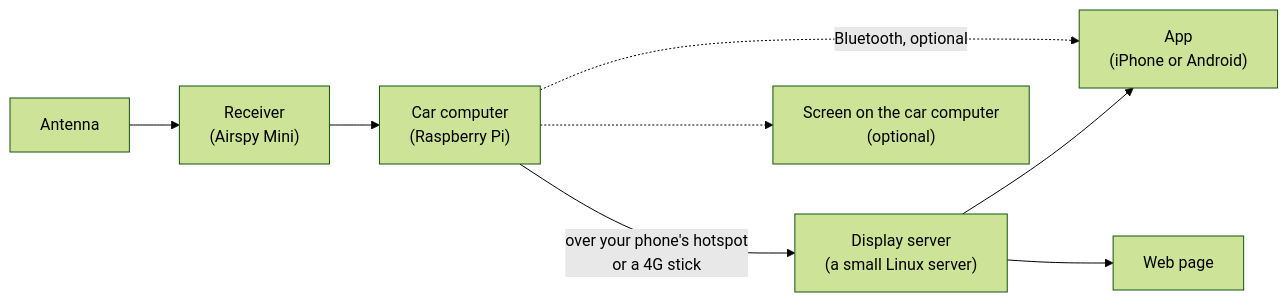
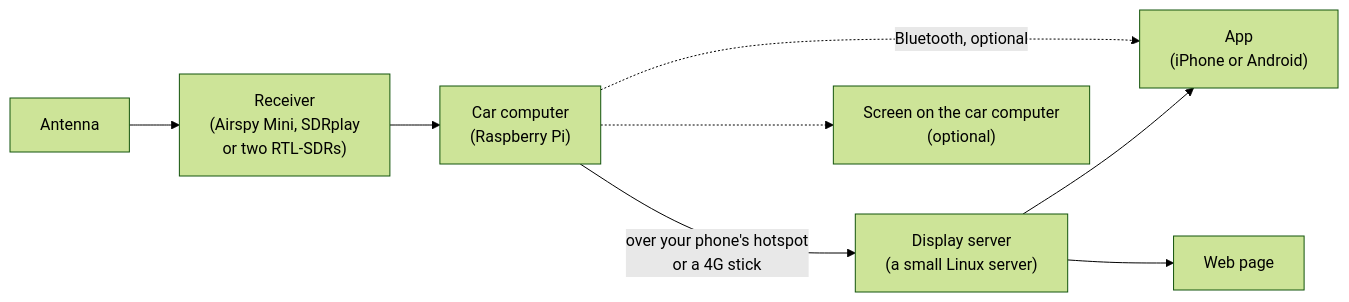
One commit to efeorman/Slot17 changed the diagram in README.md. Above: the diagram before and after it, drawn with Mermaid (forest theme). The commit also changed other lines of this file and 21 other files, not shown here.

````diff
--- a/README.md
+++ b/README.md
@@ -49,10 +49,10 @@
 ```mermaid
 flowchart LR
-    A[Antenna] --> B["Receiver<br/>(Airspy Mini)"]
+    A[Antenna] --> B["Receiver<br/>(Airspy Mini, SDRplay<br/>or two RTL-SDRs)"]
     B --> C["Car computer<br/>(Raspberry Pi)"]
     C -- "over your phone's hotspot<br/>or a 4G stick" --> D["Display server<br/>(a small Linux server)"]
     D --> E["App<br/>(iPhone or Android)"]
     D --> F[Web page]
     C -.->|Bluetooth, optional| E
     C -.-> G["Screen on the car computer<br/>(optional)"]
 ```
````
